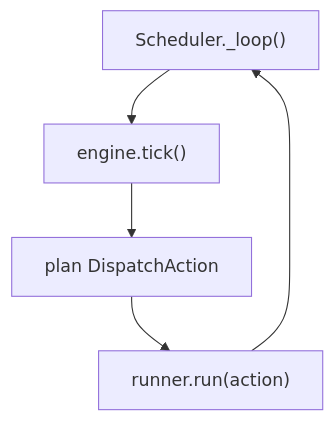
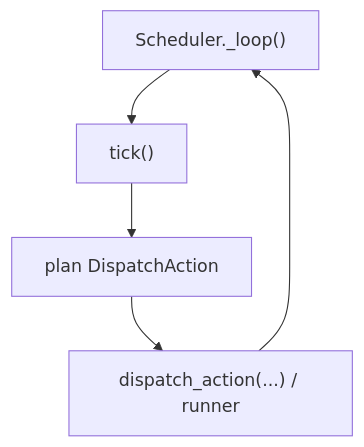
The third of 3 diagrams in docs/concepts/scheduler.md (xhwSkhizein/agiwo), drawn with Mermaid before and after one commit. The commit also changed other lines of this file and 7 other files, not shown here.

````diff
--- a/docs/concepts/scheduler.md
+++ b/docs/concepts/scheduler.md
@@ -145,7 +171,7 @@
 ```mermaid
 flowchart TD
-    Loop["Scheduler._loop()"] --> Tick["engine.tick()"]
+    Loop["Scheduler._loop()"] --> Tick["tick()"]
     Tick --> Plan["plan DispatchAction"]
-    Plan --> Dispatch["runner.run(action)"]
+    Plan --> Dispatch["dispatch_action(...) / runner"]
     Dispatch --> Loop
 ```
````
